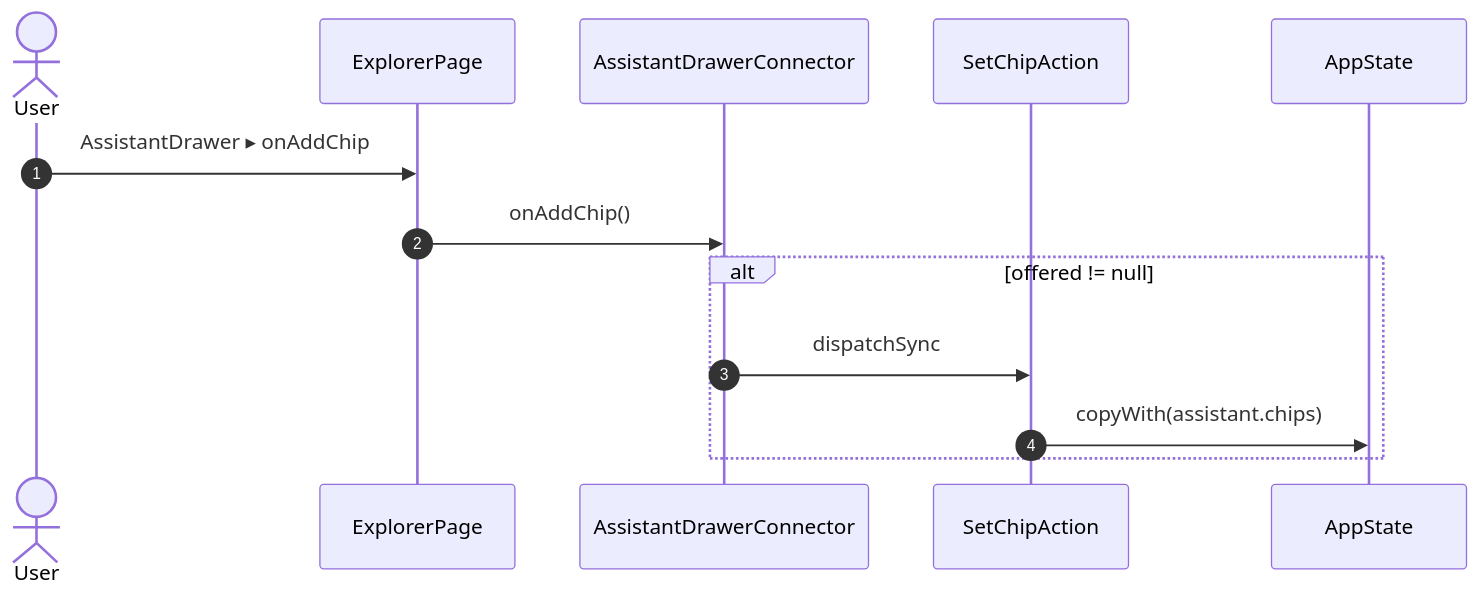
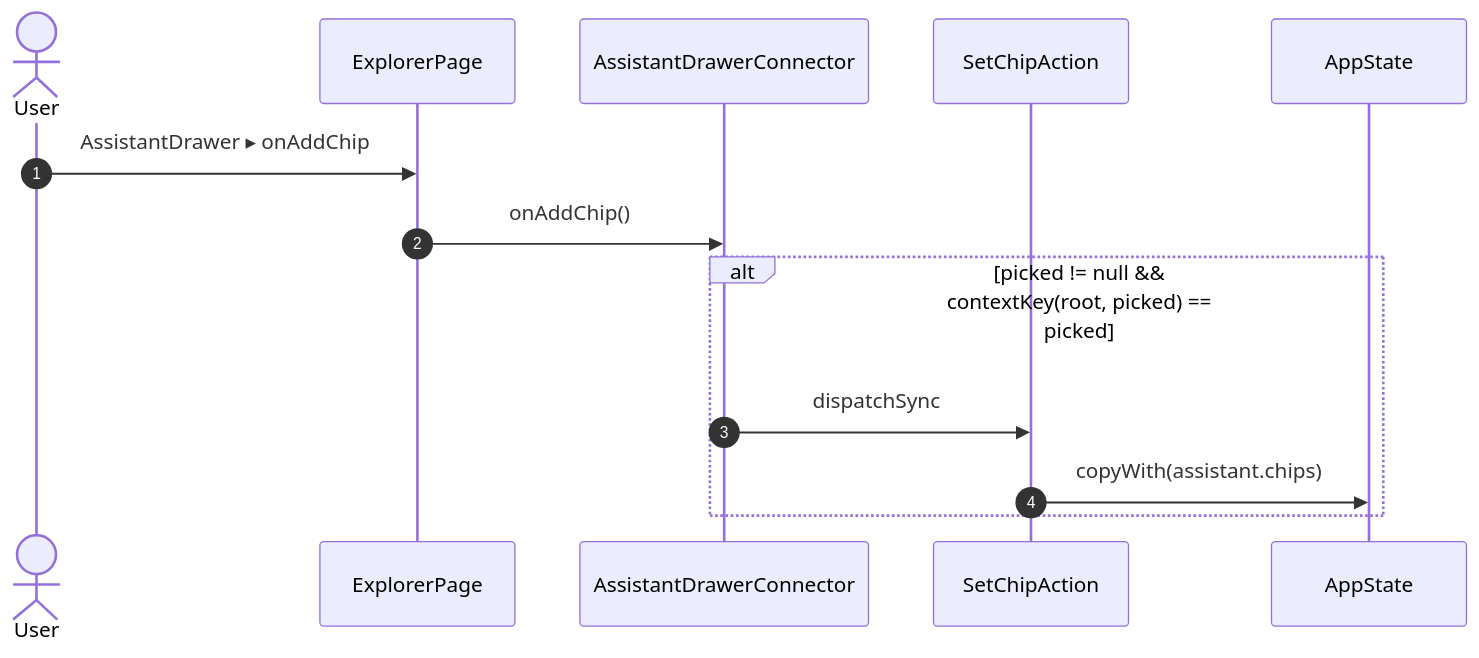
One commit to gencto/wyrm changed diagram 47 of 58 in studio/docs/flows/explorer.md. Above: the diagram before and after it, drawn with Mermaid. The commit also changed other lines of this file and 33 other files, not shown here.

First line of the commit message:
studio: Assistant step 7 — What I found, the mini timeline, a key picker

````diff
--- a/studio/docs/flows/explorer.md
+++ b/studio/docs/flows/explorer.md
@@ -865,16 +899,16 @@
 ```mermaid
 sequenceDiagram
     autonumber
     actor User
     participant UI as ExplorerPage
     participant R1 as AssistantDrawerConnector
     participant A1 as SetChipAction
     participant ST as AppState
 
     User->>UI: AssistantDrawer ▸ onAddChip
     UI->>R1: onAddChip()
-    alt offered != null
+    alt picked != null && contextKey(root, picked) == picked
         R1->>A1: dispatchSync
         A1->>ST: copyWith(assistant.chips)
     end
 ```
````
